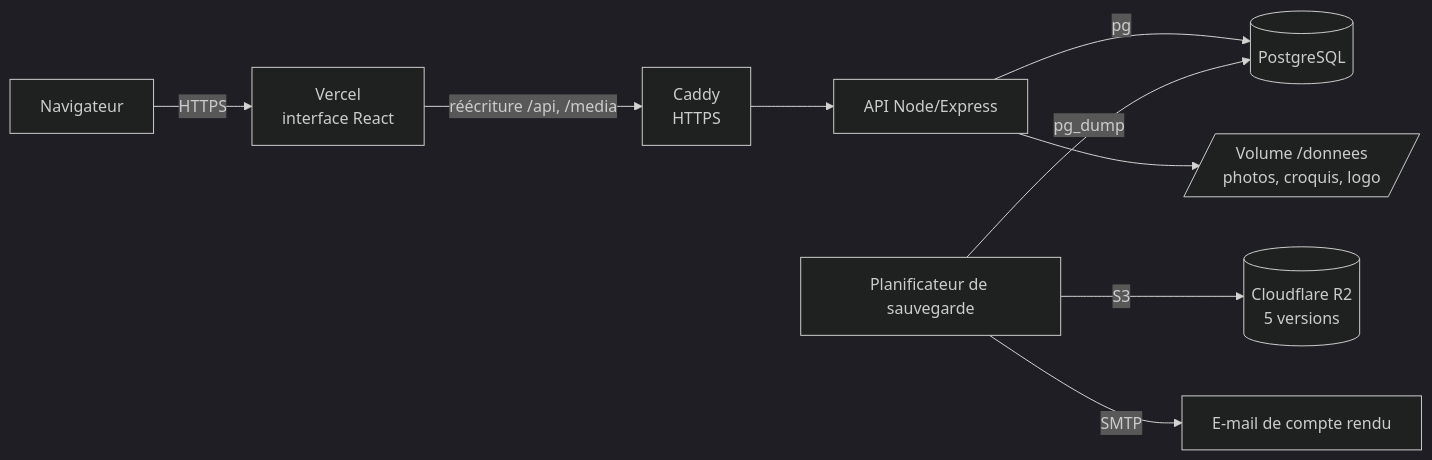
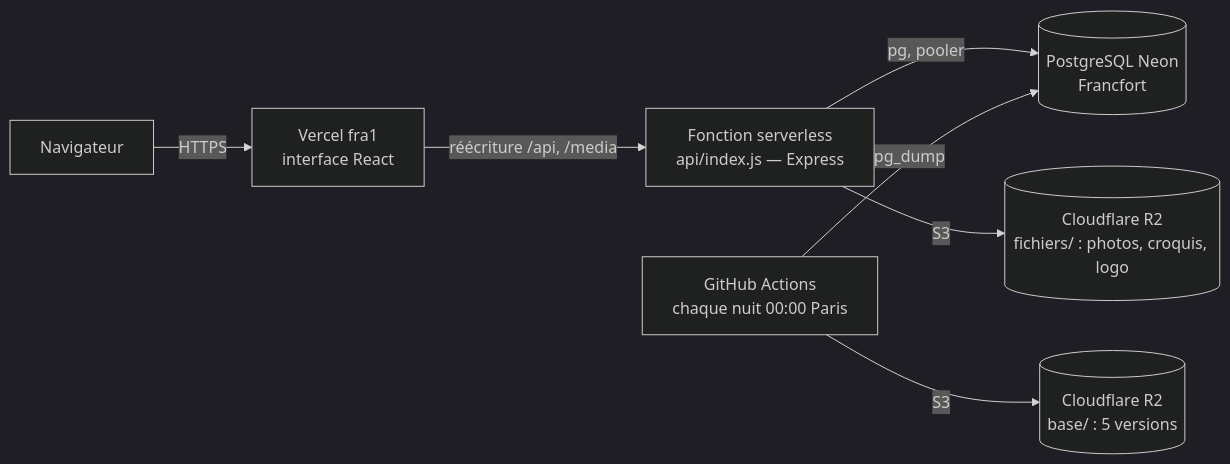
The first of 2 diagrams in docs/architecture.md (Tarek-Belvie/erp-belvie-web), drawn with Mermaid (dark theme) before and after one commit. The commit also changed other lines of this file and 41 other files, not shown here.

First line of the commit message:
Version en ligne tout-Vercel (API serverless, PDF, R2, sauvegarde de minuit, bascule vers Neon)

````diff
--- a/docs/architecture.md
+++ b/docs/architecture.md
@@ -5,11 +5,9 @@
 ```mermaid
 flowchart LR
-  N[Navigateur] -->|HTTPS| V[Vercel<br/>interface React]
-  V -->|réécriture /api, /media| C[Caddy<br/>HTTPS]
-  C --> A[API Node/Express]
-  A -->|pg| P[(PostgreSQL)]
-  A --> F[/Volume /donnees<br/>photos, croquis, logo/]
-  S[Planificateur de sauvegarde] -->|pg_dump| P
-  S -->|S3| R[(Cloudflare R2<br/>5 versions)]
-  S -->|SMTP| M[E-mail de compte rendu]
+  N[Navigateur] -->|HTTPS| V[Vercel fra1<br/>interface React]
+  V -->|réécriture /api, /media| A[Fonction serverless<br/>api/index.js — Express]
+  A -->|pg, pooler| P[(PostgreSQL Neon<br/>Francfort)]
+  A -->|S3| F[(Cloudflare R2<br/>fichiers/ : photos, croquis, logo)]
+  G[GitHub Actions<br/>chaque nuit 00:00 Paris] -->|pg_dump| P
+  G -->|S3| B[(Cloudflare R2<br/>base/ : 5 versions)]
 ```
````
